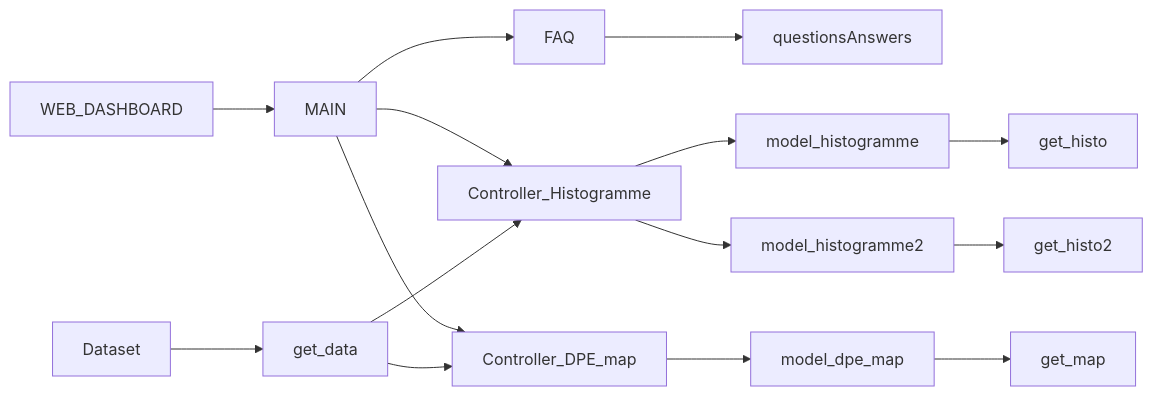
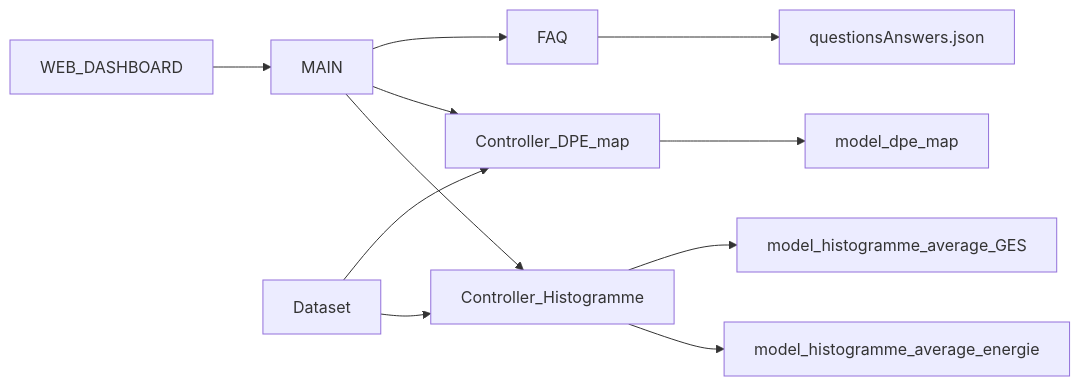
One commit to DOMESDAY7/dashboard_dpe changed the first of 2 diagrams in README.md. Above: the diagram before and after it, drawn with Mermaid. The commit also changed other lines of this file, not shown here.

````diff
--- a/README.md
+++ b/README.md
@@ -39,12 +39,8 @@
 ```mermaid
 flowchart LR;
   WEB_DASHBOARD-->MAIN;
-  MAIN & get_data-->Controller_Histogramme & Controller_DPE_map;
-  MAIN-->FAQ-->questionsAnswers;
-  Dataset-->get_data;
-  Controller_Histogramme-->model_histogramme & model_histogramme2;
-  model_histogramme-->get_histo;
-  model_histogramme2-->get_histo2;
+  MAIN & Dataset-->Controller_Histogramme & Controller_DPE_map;
+  MAIN-->FAQ-->questionsAnswers.json;
+  Controller_Histogramme-->model_histogramme_average_energie & model_histogramme_average_GES;
   Controller_DPE_map-->model_dpe_map;
-  model_dpe_map-->get_map;
 ```
````
